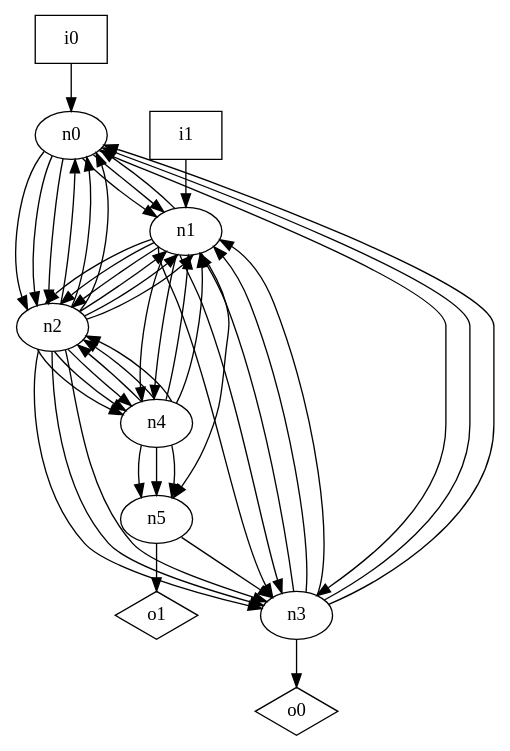
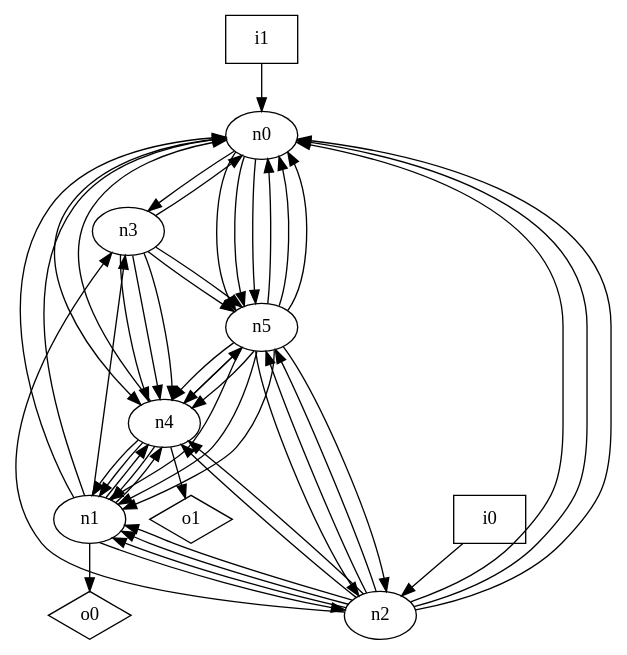
Before and after one commit to p9romain/bool-circuits: the diagram in dot_files/random/random_loop_free_graph.dot, drawn with Graphviz. The commit also changed 44 other files, not shown here.

```diff
--- a/dot_files/random/random_loop_free_graph.dot
+++ b/dot_files/random/random_loop_free_graph.dot
@@ -1,57 +1,60 @@
 digraph G {
 n0 [label="n0"];
 n1 [label="n1"];
 n2 [label="n2"];
 n3 [label="n3"];
 n4 [label="n4"];
 n5 [label="n5"];
 n6 [label="i0",shape="box"];
 n7 [label="i1",shape="box"];
 n8 [label="o0",shape="diamond"];
 n9 [label="o1",shape="diamond"];
-n0 -> n1
-n0 -> n1
-n0 -> n2
-n0 -> n2
-n0 -> n2
 n0 -> n3
+n0 -> n4
+n0 -> n5
+n0 -> n5
+n0 -> n5
+n1 -> n0
 n1 -> n0
 n1 -> n2
-n1 -> n2
-n1 -> n2
-n1 -> n3
 n1 -> n3
 n1 -> n4
 n1 -> n4
-n1 -> n5
+n1 -> n8
 n2 -> n0
 n2 -> n0
 n2 -> n0
 n2 -> n1
 n2 -> n1
 n2 -> n1
 n2 -> n3
-n2 -> n3
-n2 -> n3
 n2 -> n4
 n2 -> n4
-n2 -> n4
+n2 -> n5
+n2 -> n5
 n3 -> n0
-n3 -> n0
-n3 -> n1
-n3 -> n1
-n3 -> n1
-n3 -> n8
+n3 -> n4
+n3 -> n4
+n3 -> n4
+n3 -> n5
+n3 -> n5
+n4 -> n0
 n4 -> n1
 n4 -> n1
-n4 -> n2
-n4 -> n2
-n4 -> n2
+n4 -> n1
 n4 -> n5
-n4 -> n5
-n4 -> n5
-n5 -> n3
-n5 -> n9
-n6 -> n0
-n7 -> n1
+n4 -> n9
+n5 -> n0
+n5 -> n0
+n5 -> n0
+n5 -> n1
+n5 -> n1
+n5 -> n1
+n5 -> n2
+n5 -> n2
+n5 -> n4
+n5 -> n4
+n5 -> n4
+n6 -> n2
+n7 -> n0
 }
```
